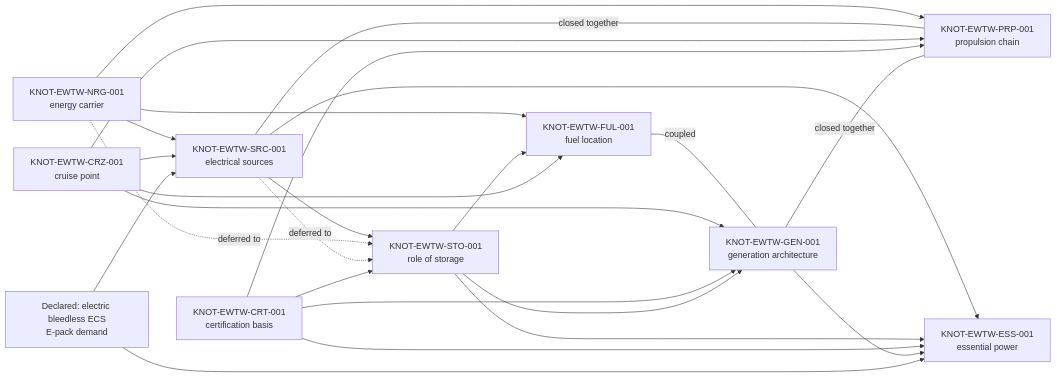
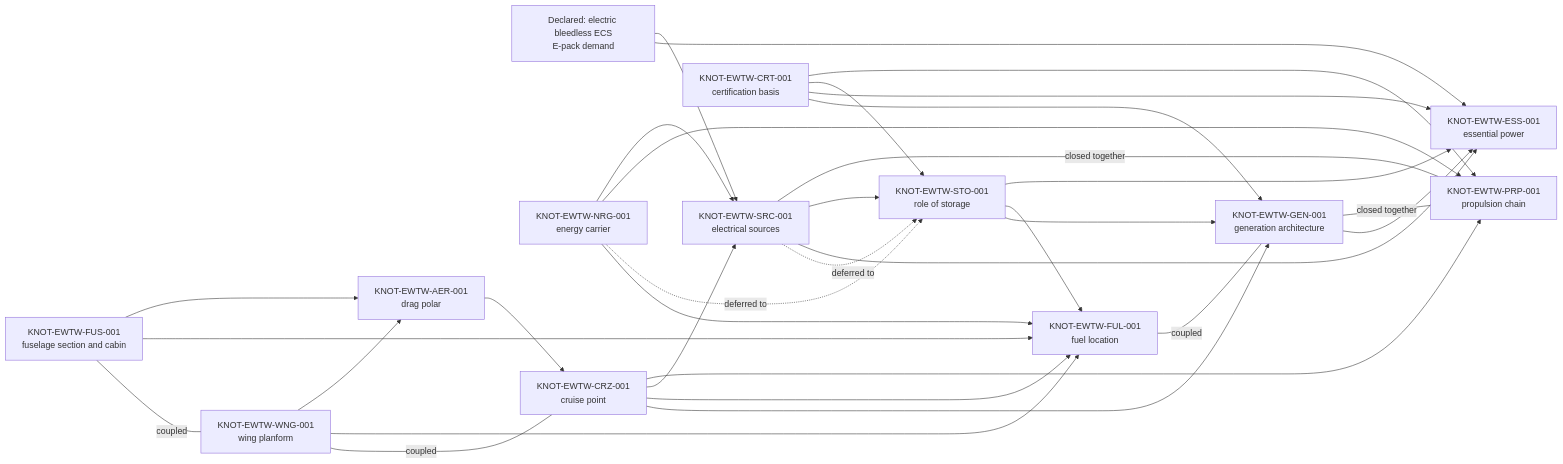
One commit to AmedeoPelliccia/Q-plus-A changed the diagram in 01_OPTIONS_ARCHITECTURE/01-02_PROGRAMMES/01-02-01_AMPEL360/01-02-01-01_MODELS/01-02-01-01-01_eWTW/README.md. Above: the diagram before and after it, drawn with Mermaid. The commit also changed other lines of this file and 11 other files, not shown here.

````diff
--- a/01_OPTIONS_ARCHITECTURE/01-02_PROGRAMMES/01-02-01_AMPEL360/01-02-01-01_MODELS/01-02-01-01-01_eWTW/README.md
+++ b/01_OPTIONS_ARCHITECTURE/01-02_PROGRAMMES/01-02-01_AMPEL360/01-02-01-01_MODELS/01-02-01-01-01_eWTW/README.md
@@ -161,37 +164,47 @@
 ```mermaid
 flowchart LR
   EP["Declared: electric bleedless ECS<br/>E-pack demand"]
   NRG["KNOT-EWTW-NRG-001<br/>energy carrier"]
   SRC["KNOT-EWTW-SRC-001<br/>electrical sources"]
   PRP["KNOT-EWTW-PRP-001<br/>propulsion chain"]
   STO["KNOT-EWTW-STO-001<br/>role of storage"]
   ESS["KNOT-EWTW-ESS-001<br/>essential power"]
   CRZ["KNOT-EWTW-CRZ-001<br/>cruise point"]
   CRT["KNOT-EWTW-CRT-001<br/>certification basis"]
   FUL["KNOT-EWTW-FUL-001<br/>fuel location"]
   GEN["KNOT-EWTW-GEN-001<br/>generation architecture"]
+  FUS["KNOT-EWTW-FUS-001<br/>fuselage section and cabin"]
+  WNG["KNOT-EWTW-WNG-001<br/>wing planform"]
+  AER["KNOT-EWTW-AER-001<br/>drag polar"]
   NRG --> SRC
   NRG --> PRP
   SRC ---|"closed together"| PRP
   SRC --> STO
   SRC --> ESS
   STO --> ESS
   NRG -.->|"deferred to"| STO
   SRC -.->|"deferred to"| STO
   CRZ --> PRP
   CRZ --> SRC
   CRT --> PRP
   CRT --> STO
   CRT --> ESS
   NRG --> FUL
   STO --> FUL
   CRZ --> FUL
   FUL ---|"coupled"| GEN
+  FUS --> AER
+  WNG --> AER
+  AER --> CRZ
+  FUS --> FUL
+  WNG --> FUL
+  FUS ---|"coupled"| WNG
+  WNG ---|"coupled"| CRZ
   CRZ --> GEN
   CRT --> GEN
   STO --> GEN
   GEN ---|"closed together"| PRP
   GEN --> ESS
   EP --> SRC
   EP --> ESS
 ```
````
